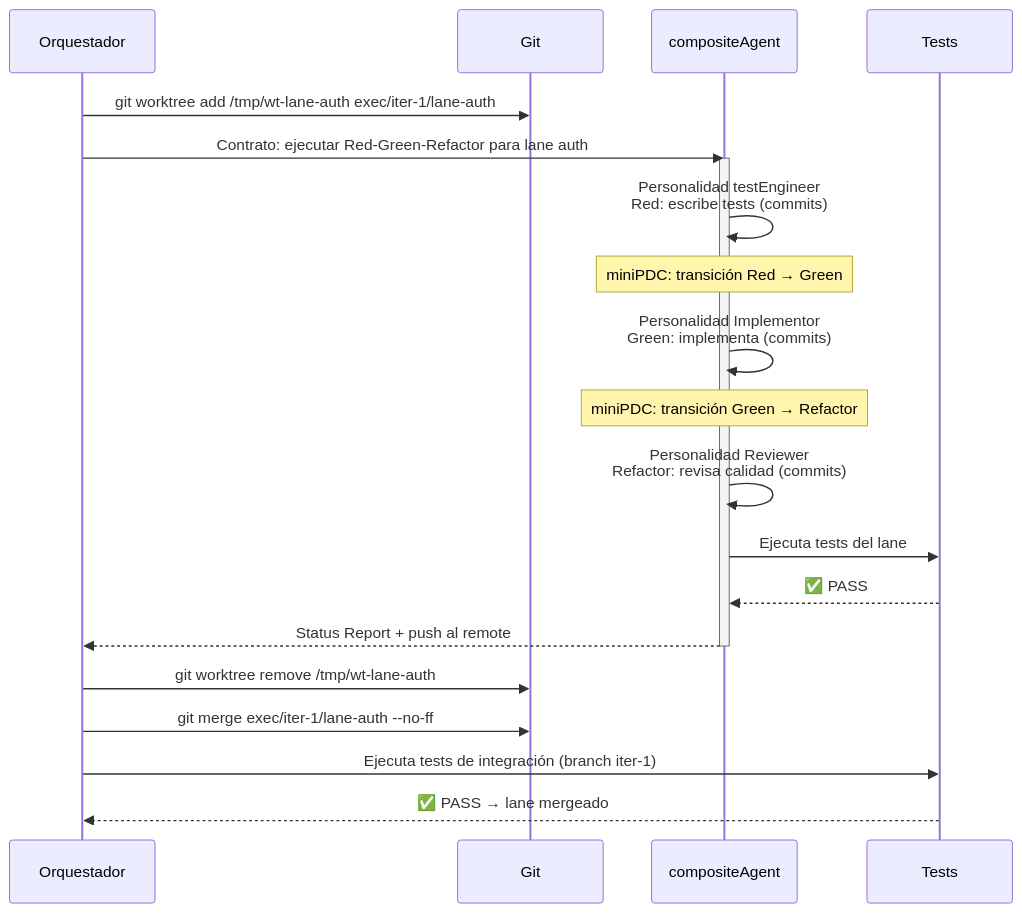
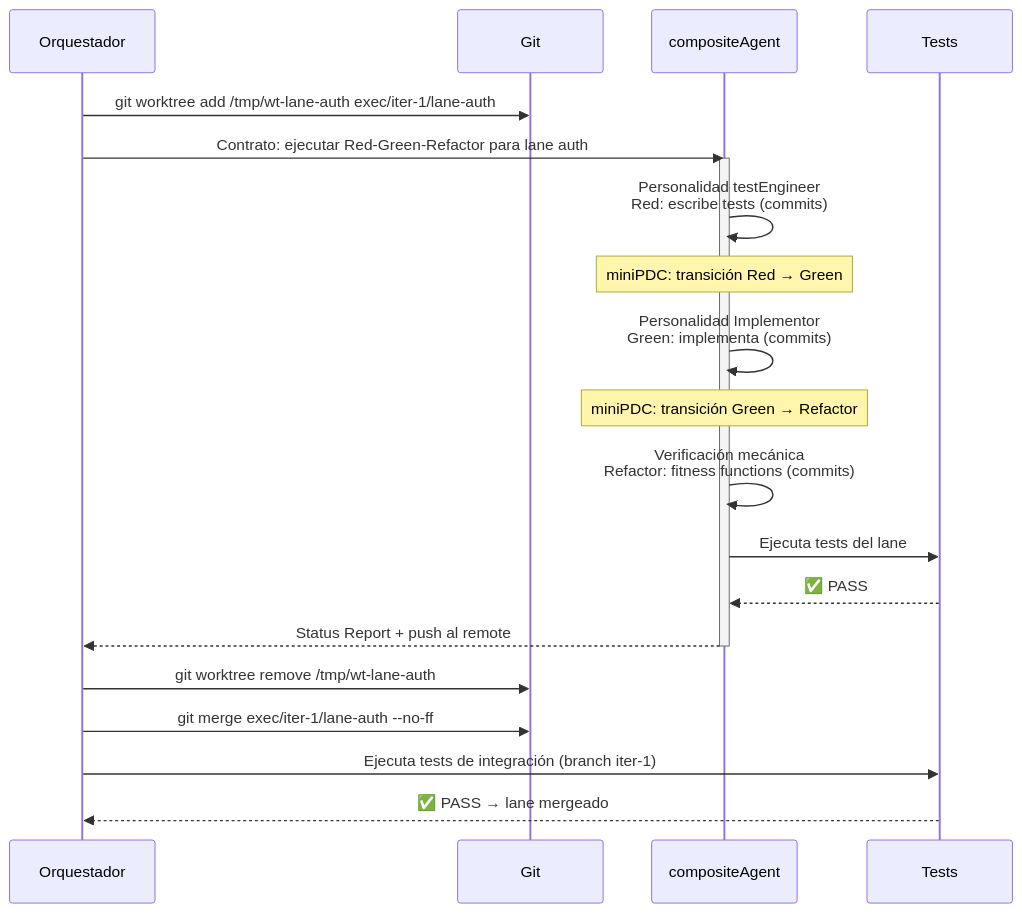
One commit to virgenherrera/idea-to-mvp changed the third of 7 diagrams in docs/execution/git-strategy.md. Above: the diagram before and after it, drawn with Mermaid. The commit also changed other lines of this file and 10 other files, not shown here.

First line of the commit message:
fix: resolve adversarial review findings — fitness functions, metrics, deployment, honest agile

````diff
--- a/docs/execution/git-strategy.md
+++ b/docs/execution/git-strategy.md
@@ -173,27 +172,27 @@
 ```mermaid
 sequenceDiagram
     participant OE as Orquestador
     participant GIT as Git
     participant AG as compositeAgent
     participant CI as Tests
 
     OE->>GIT: git worktree add /tmp/wt-lane-auth exec/iter-1/lane-auth
     OE->>AG: Contrato: ejecutar Red-Green-Refactor para lane auth
     activate AG
 
     AG->>AG: Personalidad testEngineer<br/>Red: escribe tests (commits)
     Note over AG: miniPDC: transición Red → Green
     AG->>AG: Personalidad Implementor<br/>Green: implementa (commits)
     Note over AG: miniPDC: transición Green → Refactor
-    AG->>AG: Personalidad Reviewer<br/>Refactor: revisa calidad (commits)
+    AG->>AG: Verificación mecánica<br/>Refactor: fitness functions (commits)
     AG->>CI: Ejecuta tests del lane
     CI-->>AG: ✅ PASS
 
     AG-->>OE: Status Report + push al remote
     deactivate AG
 
     OE->>GIT: git worktree remove /tmp/wt-lane-auth
     OE->>GIT: git merge exec/iter-1/lane-auth --no-ff
     OE->>CI: Ejecuta tests de integración (branch iter-1)
     CI-->>OE: ✅ PASS → lane mergeado
 ```
````
